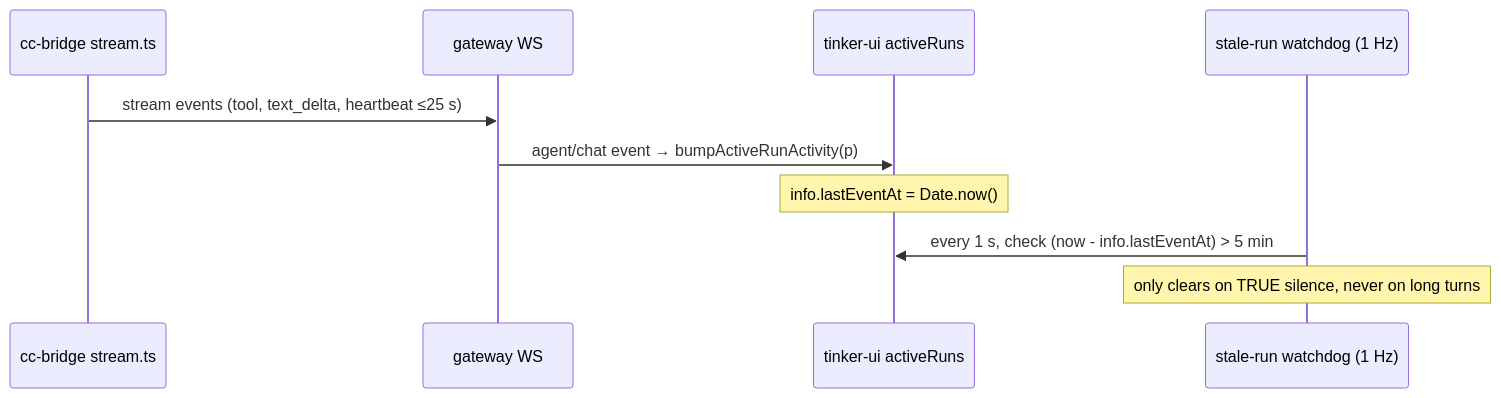
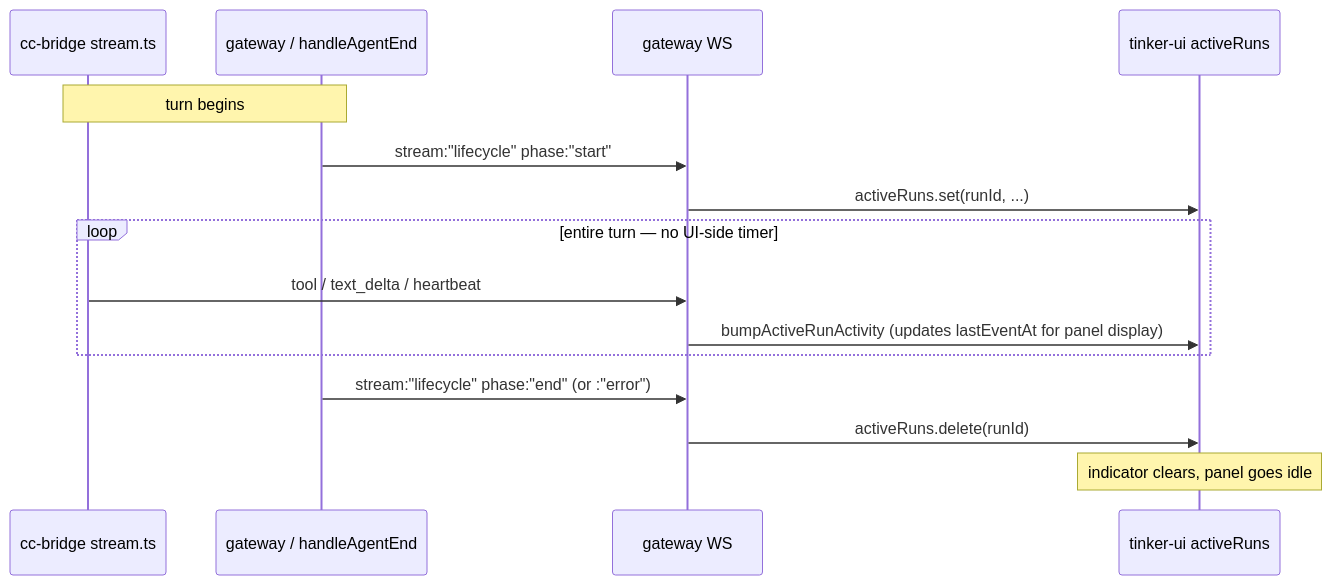
Before and after one commit to globalcaos/tinkerclaw: the third of 3 diagrams in TINKER_UI_DESIGN_BIBLE/tool-loop.md, drawn with Mermaid. The commit also changed other lines of this file and 1 other file, not shown here.

````diff
--- a/TINKER_UI_DESIGN_BIBLE/tool-loop.md
+++ b/TINKER_UI_DESIGN_BIBLE/tool-loop.md
@@ -115,13 +128,18 @@
 ```mermaid
 sequenceDiagram
   participant CCB as cc-bridge stream.ts
+  participant SRV as gateway / handleAgentEnd
   participant WS as gateway WS
   participant UI as tinker-ui activeRuns
-  participant WD as stale-run watchdog (1 Hz)
 
-  CCB->>WS: stream events (tool, text_delta, heartbeat ≤25 s)
-  WS->>UI: agent/chat event → bumpActiveRunActivity(p)
-  Note over UI: info.lastEventAt = Date.now()
-  WD->>UI: every 1 s, check (now - info.lastEventAt) > 5 min
-  Note over WD: only clears on TRUE silence, never on long turns
+  Note over CCB,SRV: turn begins
+  SRV->>WS: stream:"lifecycle" phase:"start"
+  WS->>UI: activeRuns.set(runId, ...)
+  loop entire turn — no UI-side timer
+    CCB->>WS: tool / text_delta / heartbeat
+    WS->>UI: bumpActiveRunActivity (updates lastEventAt for panel display)
+  end
+  SRV->>WS: stream:"lifecycle" phase:"end" (or :"error")
+  WS->>UI: activeRuns.delete(runId)
+  Note over UI: indicator clears, panel goes idle
 ```
````
